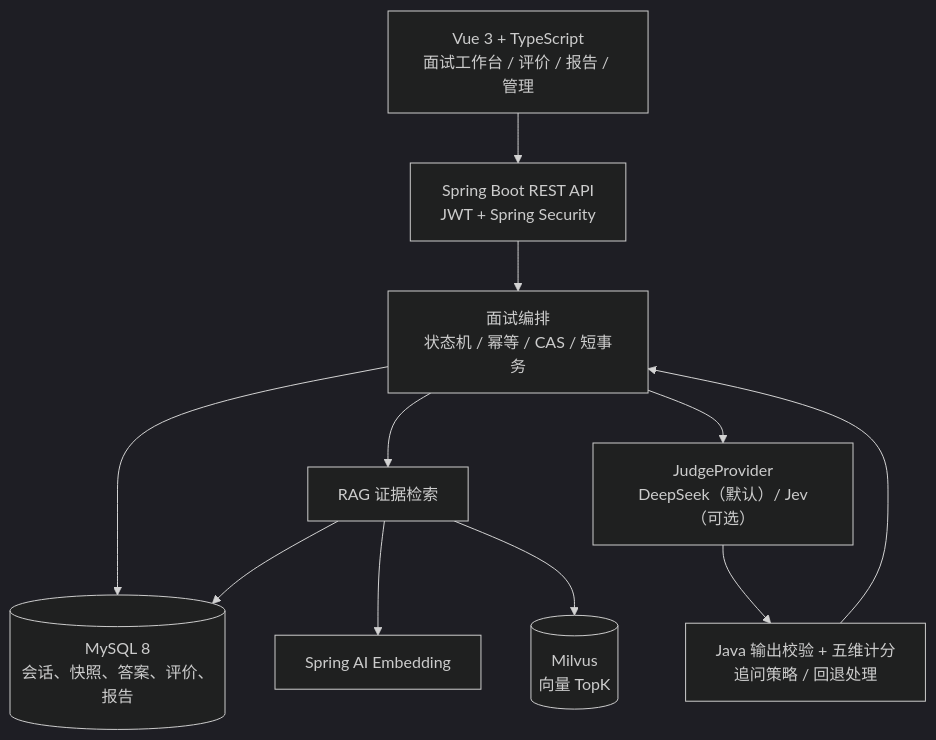
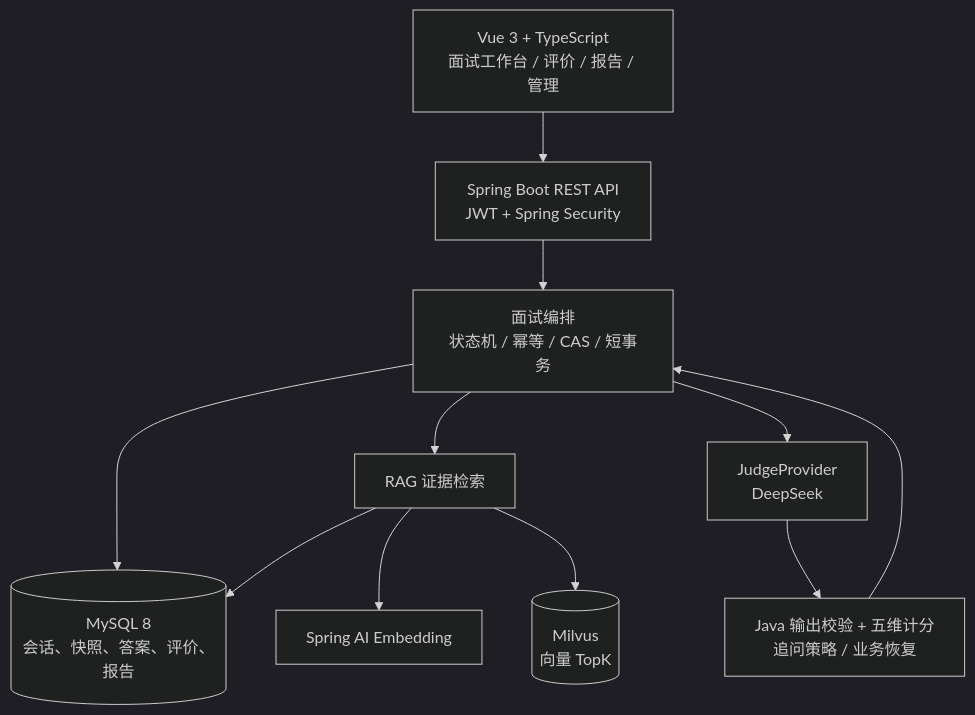
The diagram in README.md (kun520c/ai-interview-system), drawn with Mermaid (dark theme) before and after one commit. The commit also changed other lines of this file and 54 other files, not shown here.

Commit message:
refactor: remove Jev runtime and standardize DeepSeek evaluation

````diff
--- a/README.md
+++ b/README.md
@@ -48,13 +48,13 @@
 ```mermaid
 flowchart TB
     UI["Vue 3 + TypeScript<br/>面试工作台 / 评价 / 报告 / 管理"] --> API["Spring Boot REST API<br/>JWT + Spring Security"]
     API --> S["面试编排<br/>状态机 / 幂等 / CAS / 短事务"]
     S --> DB[("MySQL 8<br/>会话、快照、答案、评价、报告")]
     S --> RAG["RAG 证据检索"]
     RAG --> EMB["Spring AI Embedding"]
     RAG --> VDB[("Milvus<br/>向量 TopK")]
     RAG --> DB
-    S --> J["JudgeProvider<br/>DeepSeek（默认）/ Jev（可选）"]
-    J --> CHECK["Java 输出校验 + 五维计分<br/>追问策略 / 回退处理"]
+    S --> J["JudgeProvider<br/>DeepSeek"]
+    J --> CHECK["Java 输出校验 + 五维计分<br/>追问策略 / 业务恢复"]
     CHECK --> S
 ```
````
